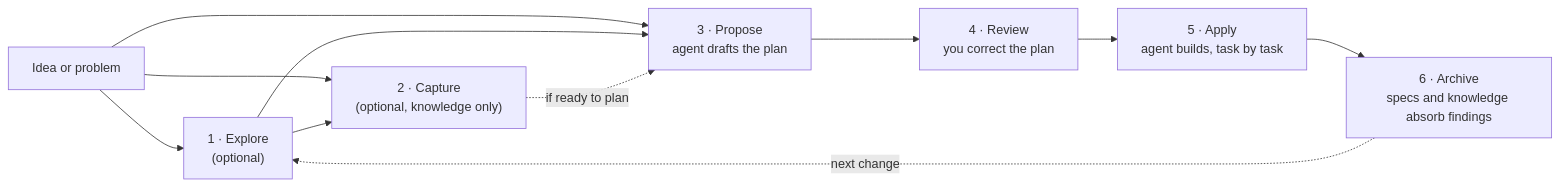
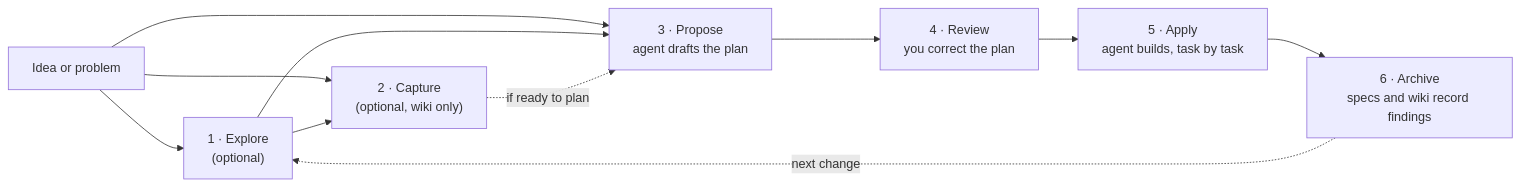
One commit to rjga94/OpenSpec changed the diagram in docs-lab/start/quickstart.md. Above: the diagram before and after it, drawn with Mermaid. The commit also changed other lines of this file and 33 other files, not shown here.

````diff
--- a/docs-lab/start/quickstart.md
+++ b/docs-lab/start/quickstart.md
@@ -21,13 +21,13 @@
 ```mermaid
 flowchart LR
     idea["Idea or problem"] --> explore["1 · Explore<br/>(optional)"]
     idea --> propose["3 · Propose<br/>agent drafts the plan"]
-    idea --> capture["2 · Capture<br/>(optional, knowledge only)"]
+    idea --> capture["2 · Capture<br/>(optional, wiki only)"]
     explore --> capture
     explore --> propose
     capture -. "if ready to plan" .-> propose
     propose --> review["4 · Review<br/>you correct the plan"]
     review --> apply["5 · Apply<br/>agent builds, task by task"]
-    apply --> archive["6 · Archive<br/>specs and knowledge absorb findings"]
+    apply --> archive["6 · Archive<br/>specs and wiki record findings"]
     archive -. "next change" .-> explore
 ```
````
